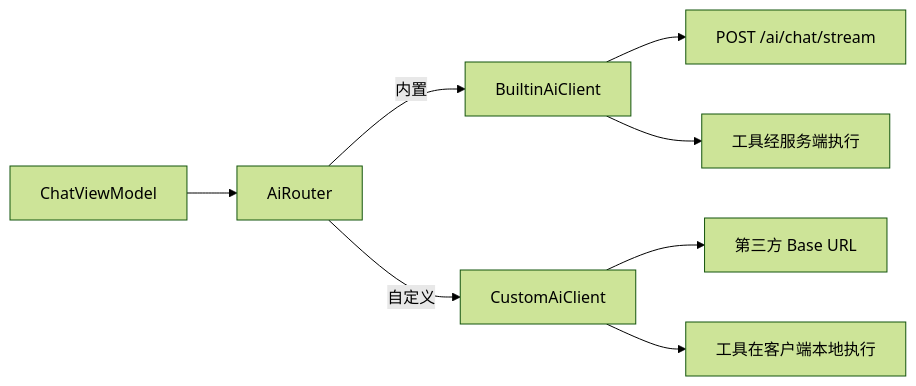
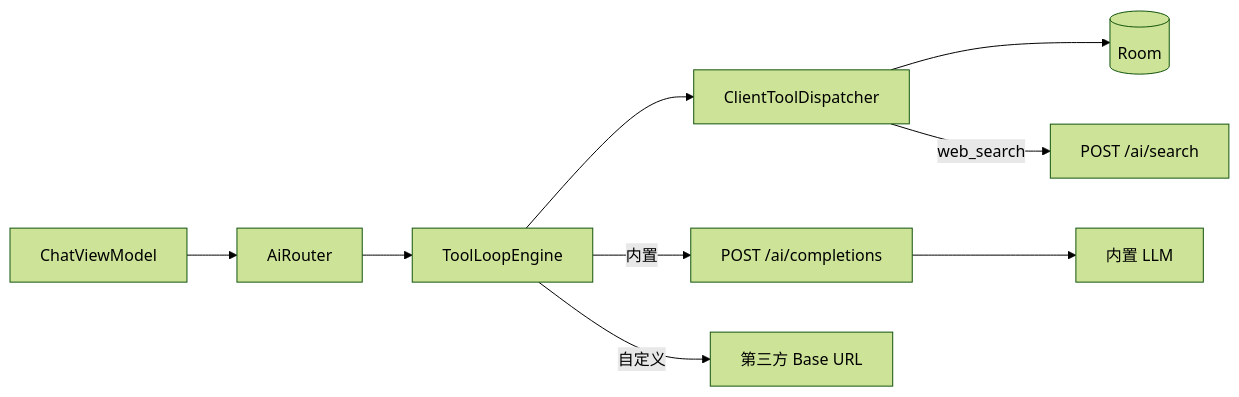
Before and after one commit to wjt123454321/MindShelf: the second of 3 diagrams in docs/architecture.md, drawn with Mermaid (forest theme). The commit also changed other lines of this file and 69 other files, not shown here.

````diff
--- a/docs/architecture.md
+++ b/docs/architecture.md
@@ -194,10 +194,11 @@
 ```mermaid
 flowchart LR
     ChatVM[ChatViewModel] --> Router[AiRouter]
-    Router -->|内置| Builtin[BuiltinAiClient]
-    Router -->|自定义| Custom[CustomAiClient]
-    Builtin --> ServerAPI[POST /ai/chat/stream]
-    Custom --> ThirdParty[第三方 Base URL]
-    Builtin --> ToolProxy[工具经服务端执行]
-    Custom --> ToolLocal[工具在客户端本地执行]
+    Router --> Loop[ToolLoopEngine]
+    Loop --> Disp[ClientToolDispatcher]
+    Disp --> Room[(Room)]
+    Loop -->|内置| Proxy[POST /ai/completions]
+    Loop -->|自定义| ThirdParty[第三方 Base URL]
+    Disp -->|web_search| SearchProxy[POST /ai/search]
+    Proxy --> LLM[内置 LLM]
 ```
````
